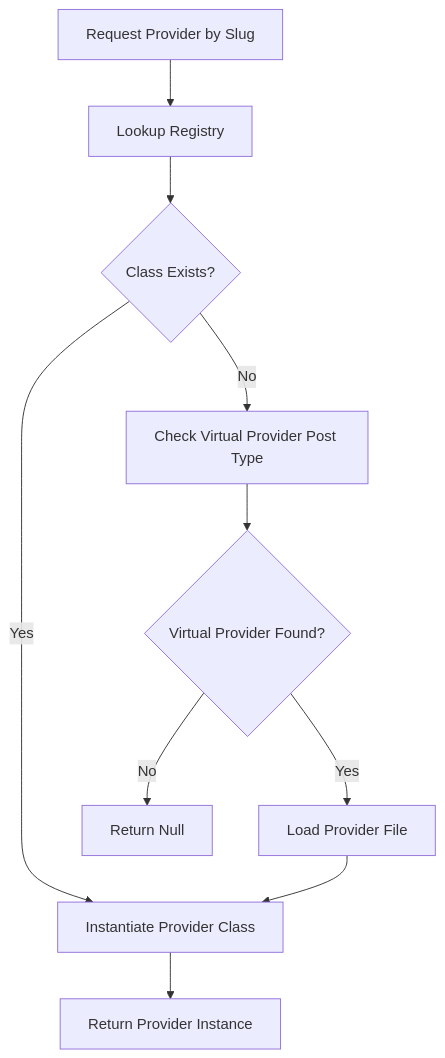
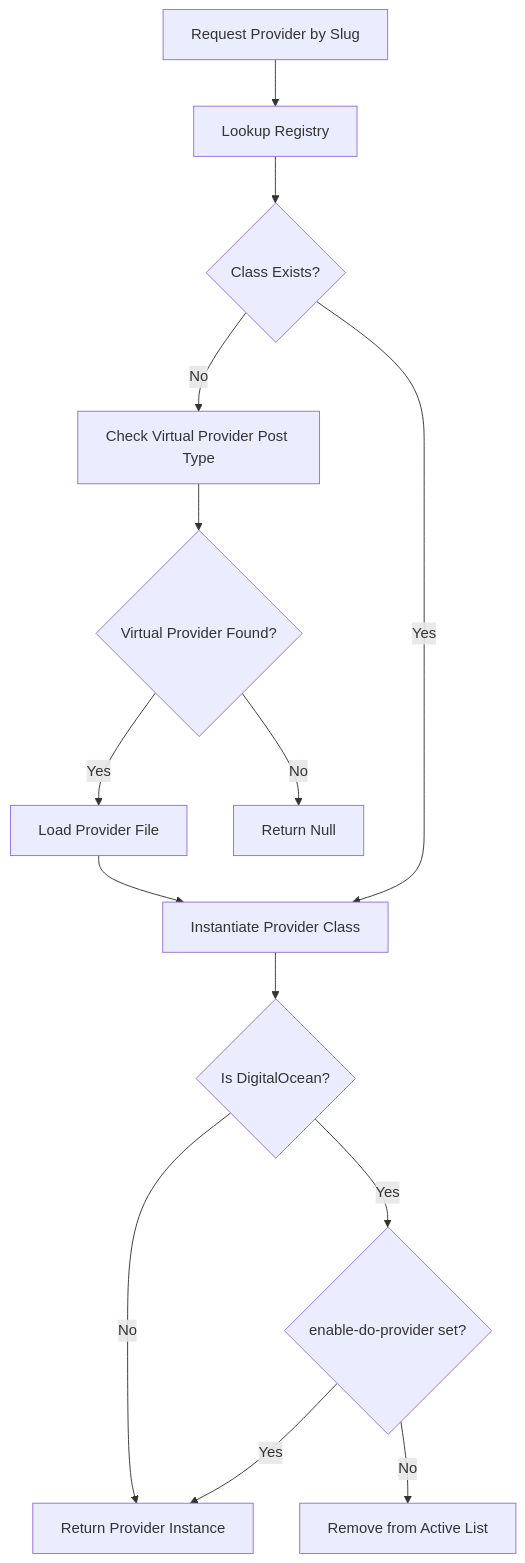
One commit to onedogsolutions/simple-stack changed the fifth of 7 diagrams in .qoder/repowiki/en/content/Cloud Provider Integration/Cloud Provider Integration.md. Above: the diagram before and after it, drawn with Mermaid. The commit also changed other lines of this file and 181 other files, not shown here.

````diff
--- a/.qoder/repowiki/en/content/Cloud Provider Integration/Cloud Provider Integration.md
+++ b/.qoder/repowiki/en/content/Cloud Provider Integration/Cloud Provider Integration.md
@@ -390,12 +434,16 @@
 ```mermaid
 flowchart TD
 Request["Request Provider by Slug"] --> Lookup["Lookup Registry"]
 Lookup --> Found{"Class Exists?"}
 Found --> |Yes| Instantiate["Instantiate Provider Class"]
 Found --> |No| Virtual["Check Virtual Provider Post Type"]
 Virtual --> VirtualFound{"Virtual Provider Found?"}
 VirtualFound --> |Yes| LoadFile["Load Provider File"]
 LoadFile --> Instantiate
 VirtualFound --> |No| Null["Return Null"]
-Instantiate --> Return["Return Provider Instance"]
+Instantiate --> CheckDO{"Is DigitalOcean?"}
+CheckDO --> |Yes| CheckEnable{"enable-do-provider set?"}
+CheckEnable --> |Yes| Return["Return Provider Instance"]
+CheckEnable --> |No| Remove["Remove from Active List"]
+CheckDO --> |No| Return
 ```
````
